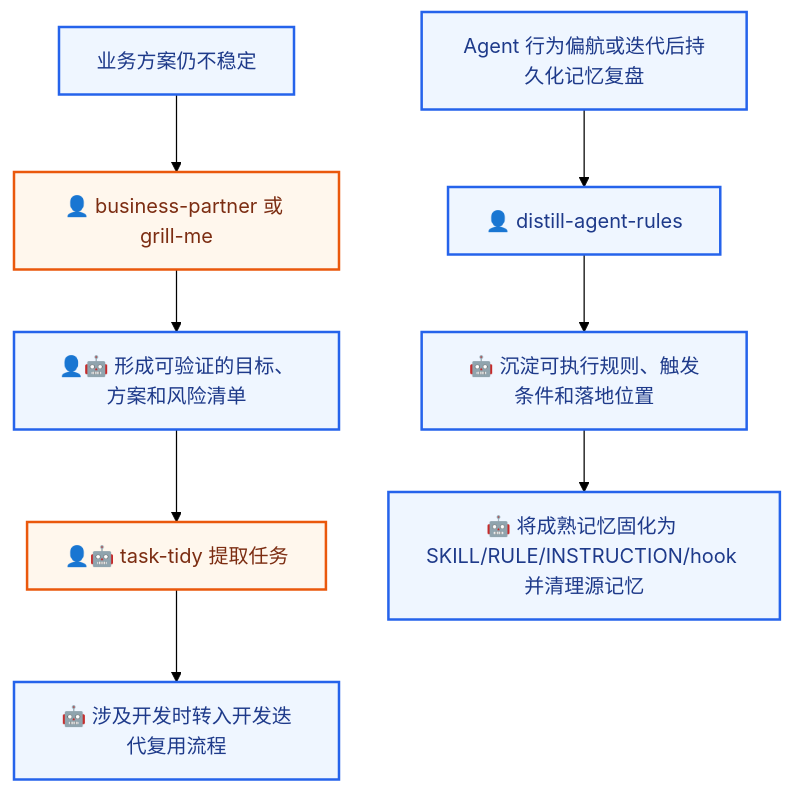
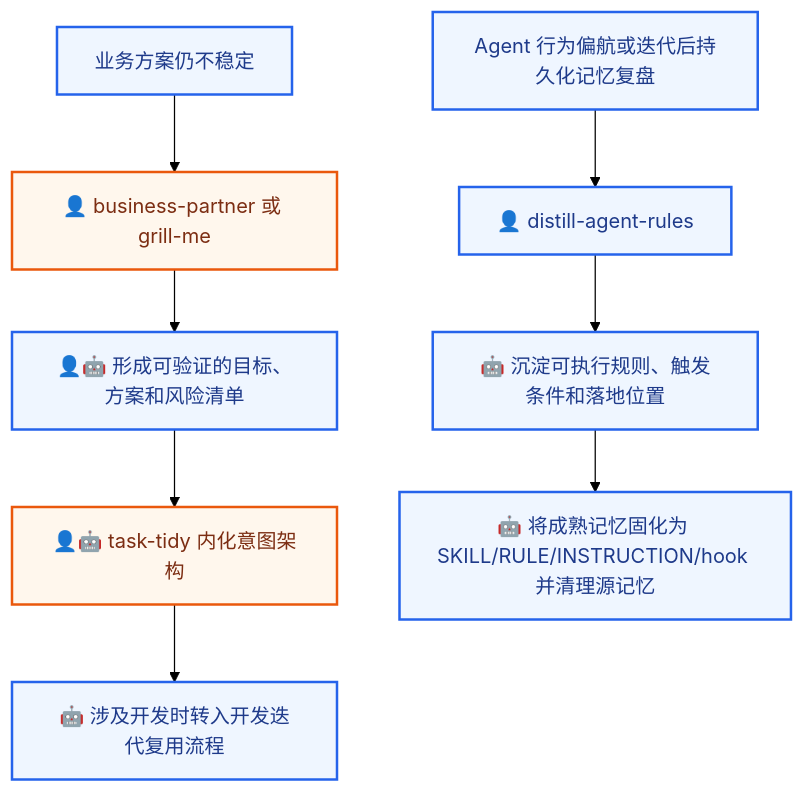
One commit to derekhu0002/Argo changed the fifth of 5 diagrams in README.md. Above: the diagram before and after it, drawn with Mermaid (forest theme). The commit also changed other lines of this file and 7 other files, not shown here.

````diff
--- a/README.md
+++ b/README.md
@@ -187,15 +187,15 @@
 ```mermaid
 flowchart TD
     A[业务方案仍不稳定] --> B[👤 business-partner 或 grill-me]
     B --> C[👤🤖 形成可验证的目标、方案和风险清单]
-    C --> D[👤🤖 task-tidy 提取任务]
+    C --> D[👤🤖 task-tidy 内化意图架构]
     D --> E[🤖 涉及开发时转入开发迭代复用流程]
 
     K[Agent 行为偏航或迭代后持久化记忆复盘] --> L[👤 distill-agent-rules]
     L --> M[🤖 沉淀可执行规则、触发条件和落地位置]
     M --> N[🤖 将成熟记忆固化为 SKILL/RULE/INSTRUCTION/hook 并清理源记忆]
     classDef human fill:#fff7ed,stroke:#ea580c,color:#7c2d12,stroke-width:2px
     classDef ai fill:#eff6ff,stroke:#2563eb,color:#1e3a8a,stroke-width:2px
     class B,D human
     class A,C,E,K,L,M,N ai
 ```
````
